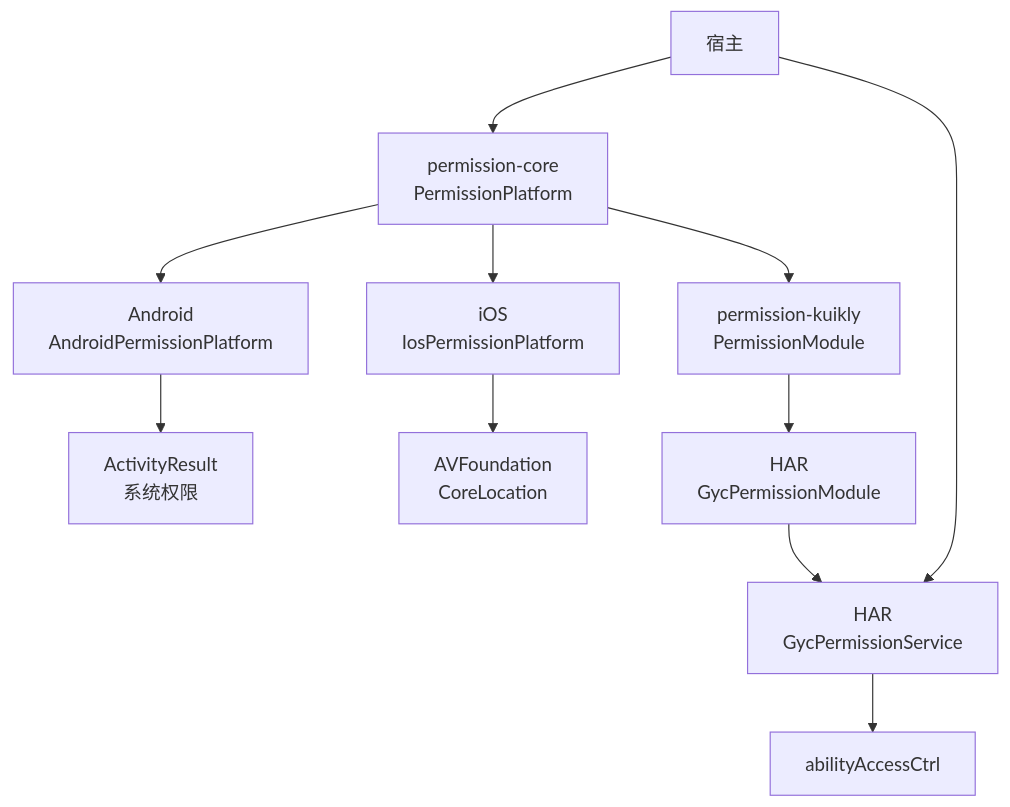
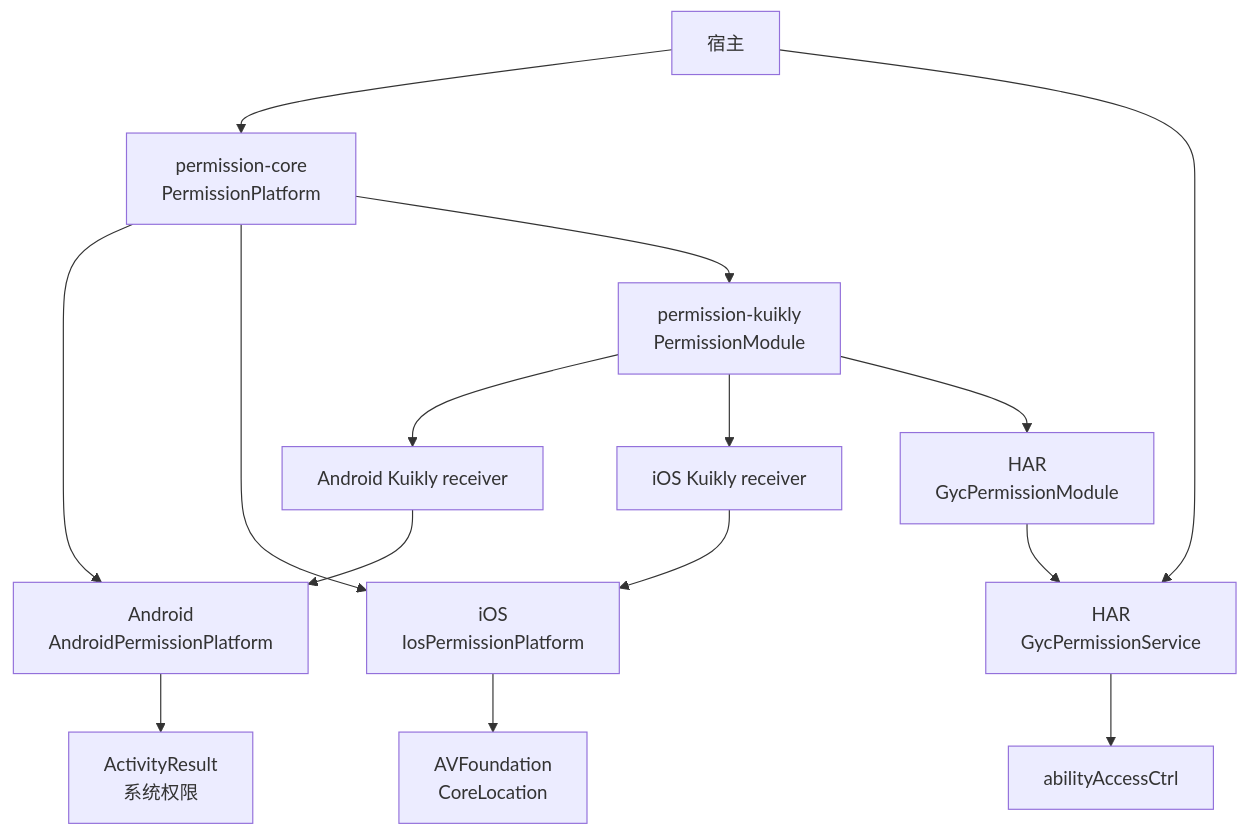
Before and after one commit to gycrosskit/permission: the first of 3 diagrams in README.md, drawn with Mermaid. The commit also changed other lines of this file and 27 other files, not shown here.

Commit message:
feat(kuikly): add Android and iOS native Module receivers

````diff
--- a/README.md
+++ b/README.md
@@ -33,13 +36,17 @@
 ```mermaid
 flowchart TB
     Host[宿主] --> Core[permission-core<br/>PermissionPlatform]
     Core --> Android[Android<br/>AndroidPermissionPlatform]
     Core --> IOS[iOS<br/>IosPermissionPlatform]
     Core --> Module[permission-kuikly<br/>PermissionModule]
     Android --> Result[ActivityResult<br/>系统权限]
     IOS --> Apple[AVFoundation<br/>CoreLocation]
+    Module --> AndroidReceiver[Android Kuikly receiver]
+    AndroidReceiver --> Android
+    Module --> IosReceiver[iOS Kuikly receiver]
+    IosReceiver --> IOS
     Module --> Native[HAR<br/>GycPermissionModule]
     Host --> Service[HAR<br/>GycPermissionService]
     Native --> Service
     Service --> System[abilityAccessCtrl]
 ```
````
